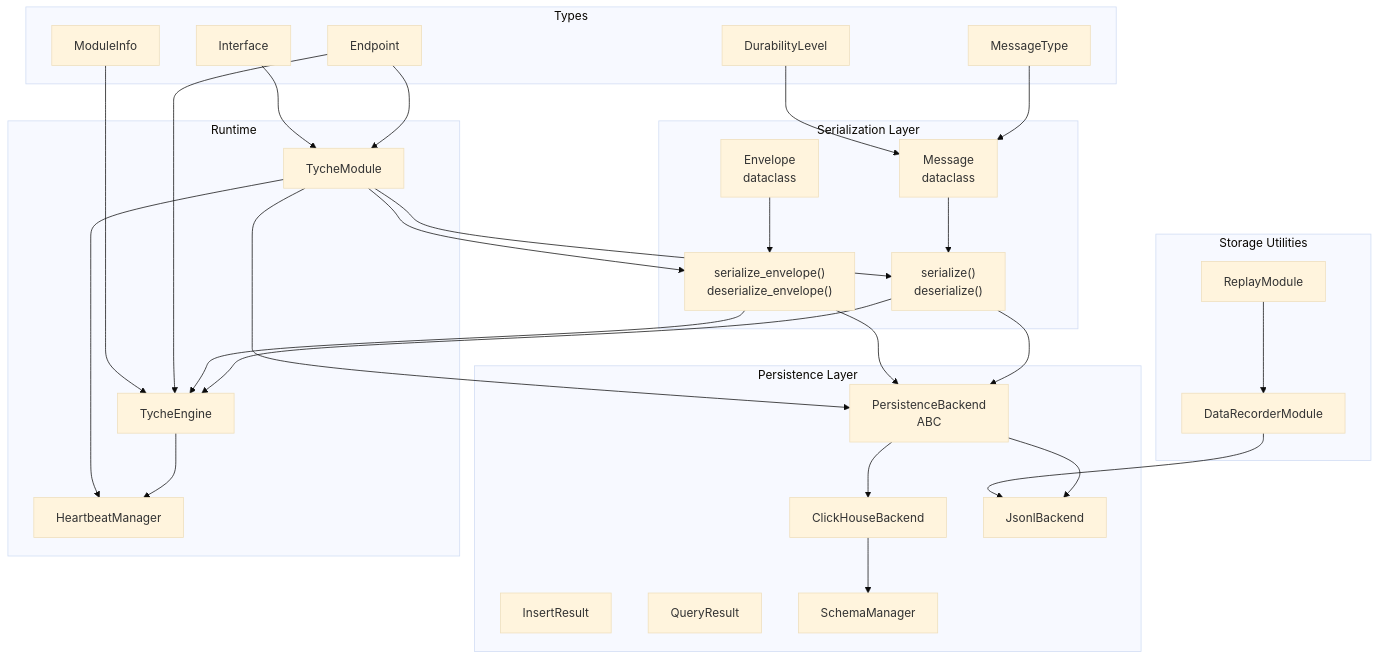
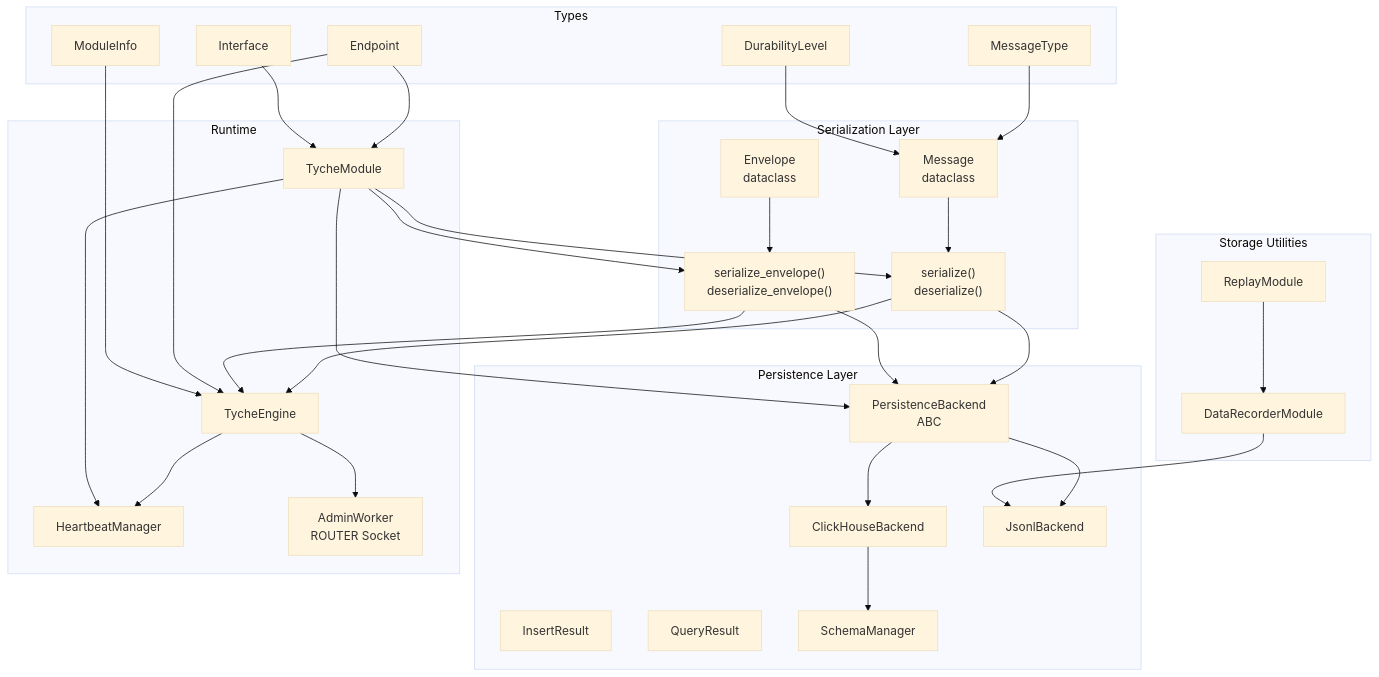
One commit to zt281/TycheEngine changed the first of 17 diagrams in .qoder/repowiki/en/content/Message System.md. Above: the diagram before and after it, drawn with Mermaid (base theme). The commit also changed other lines of this file and 34 other files, not shown here.

````diff
--- a/.qoder/repowiki/en/content/Message System.md
+++ b/.qoder/repowiki/en/content/Message System.md
@@ -69,55 +72,57 @@
 ```mermaid
 graph TB
 subgraph "Serialization Layer"
 MSG["Message<br/>dataclass"]
 ENV["Envelope<br/>dataclass"]
 SER["serialize()<br/>deserialize()"]
 ENVSER["serialize_envelope()<br/>deserialize_envelope()"]
 end
 subgraph "Types"
 MT["MessageType"]
 DL["DurabilityLevel"]
 EP["Endpoint"]
 IF["Interface"]
 MI["ModuleInfo"]
 end
 subgraph "Persistence Layer"
 PB["PersistenceBackend<br/>ABC"]
 IR["InsertResult"]
 QR["QueryResult"]
 CK["ClickHouseBackend"]
 JL["JsonlBackend"]
 SM["SchemaManager"]
 end
 subgraph "Storage Utilities"
 REC["DataRecorderModule"]
 REP["ReplayModule"]
 end
 subgraph "Runtime"
 ENG["TycheEngine"]
 MOD["TycheModule"]
 HB["HeartbeatManager"]
+ADM["AdminWorker<br/>ROUTER Socket"]
 end
 MSG --> SER
 ENV --> ENVSER
 SER --> PB
 ENVSER --> PB
 PB --> CK
 PB --> JL
 CK --> SM
 SER --> ENG
 ENVSER --> ENG
 MOD --> SER
 MOD --> ENVSER
 MOD --> PB
 ENG --> HB
+ENG --> ADM
 MOD --> HB
 MT --> MSG
 DL --> MSG
 EP --> ENG
 EP --> MOD
 IF --> MOD
 MI --> ENG
 REC --> JL
 REP --> REC
 ```
````
